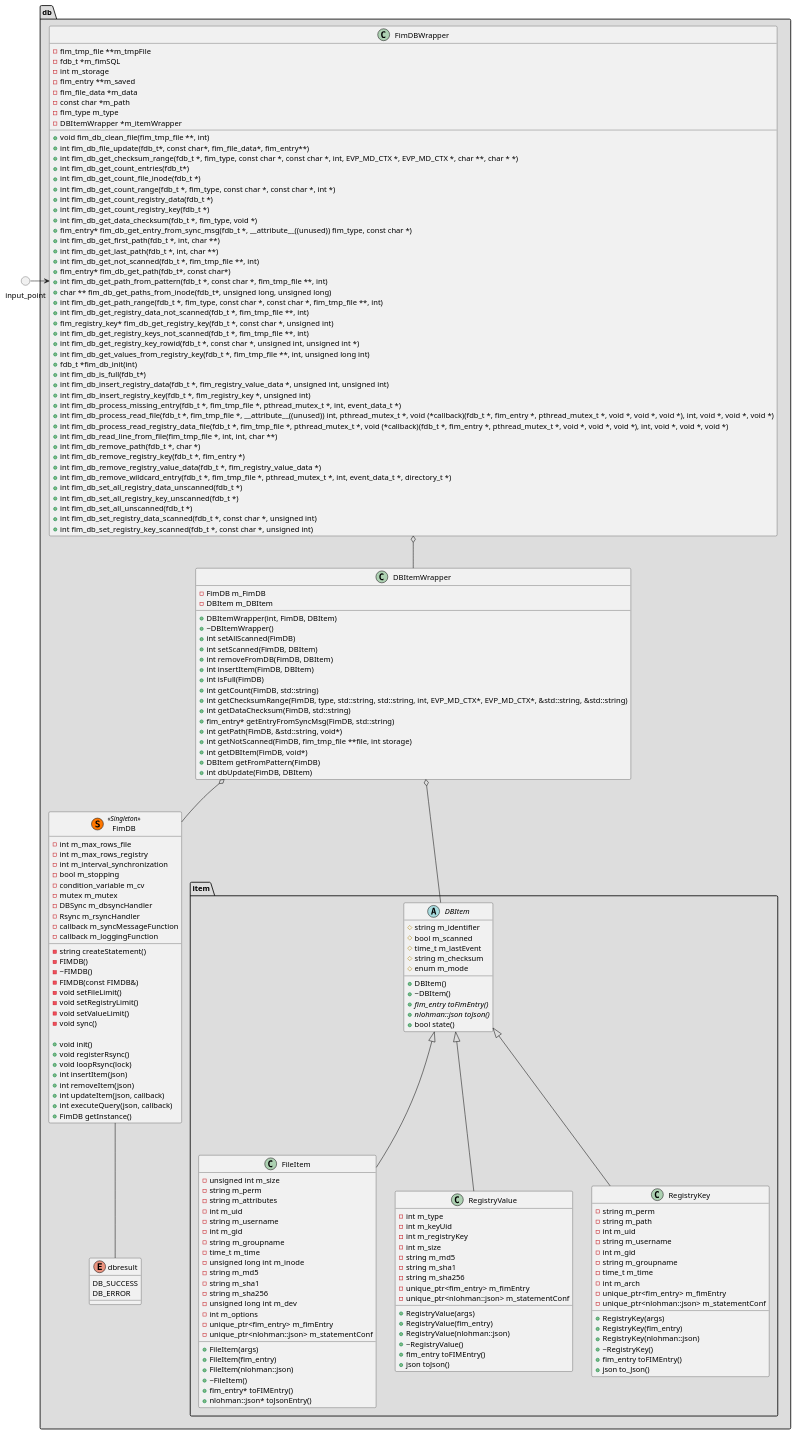
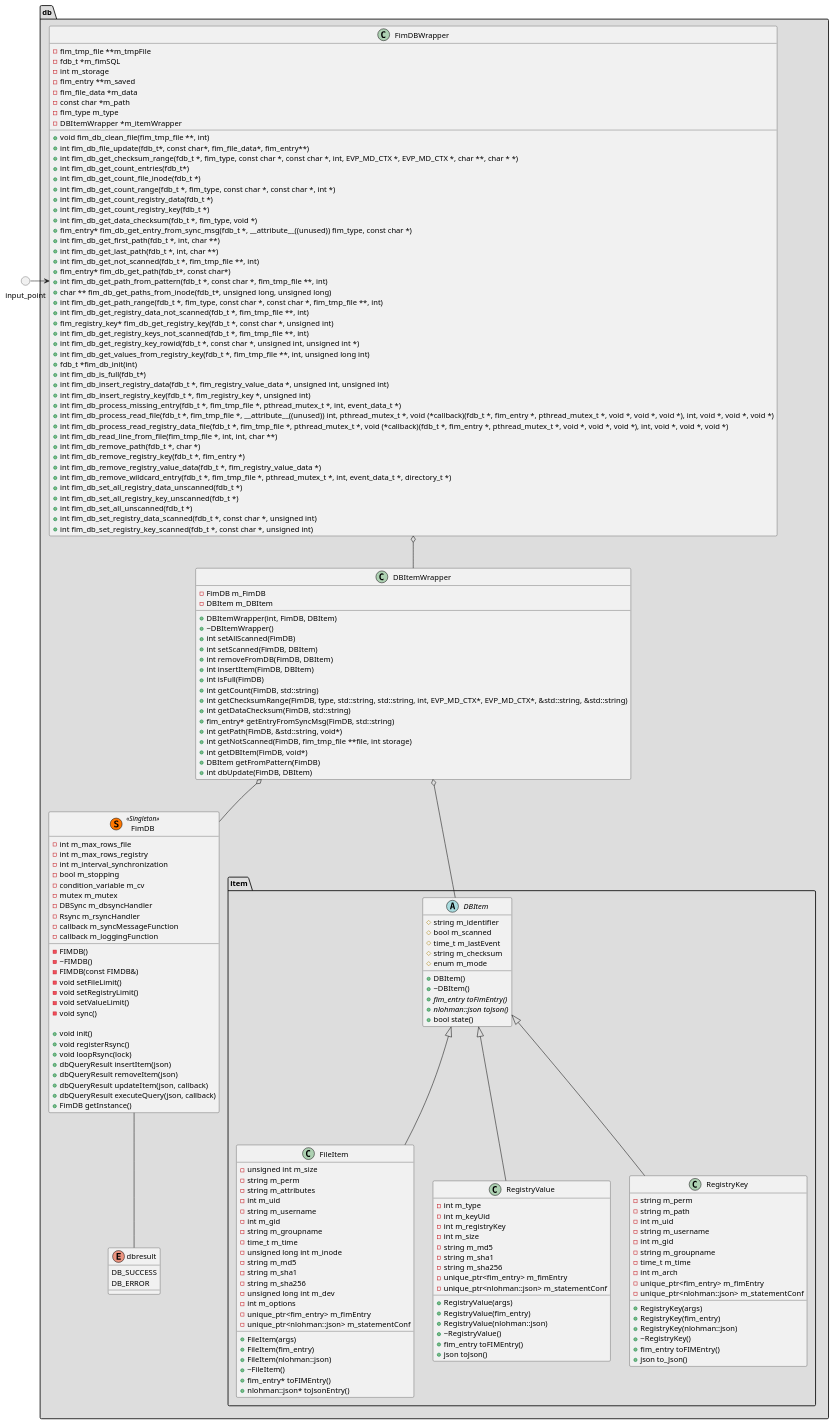
One commit to wazuh/wazuh-agent changed the diagram in architecture/FIM/db/class.puml. Above: the diagram before and after it, drawn with PlantUML.

Commit message:
Updated diagram for design of new fim db

```diff
--- a/architecture/FIM/db/class.puml
+++ b/architecture/FIM/db/class.puml
@@ -1,197 +1,196 @@
 @startuml db_class
 package "db" <<Folder>> #DDDDDD{
     enum "dbresult" {
         DB_SUCCESS
         DB_ERROR
     }
     package "item" <<Folder>> {
         abstract DBItem {
             # string m_identifier
             # bool m_scanned
             # time_t m_lastEvent
             # string m_checksum
             # enum m_mode
 
             + DBItem()
             + ~DBItem()
             + {abstract} fim_entry toFimEntry()
             + {abstract} nlohman::json toJson()
             + bool state()
         }
 
         class FileItem {
             - unsigned int m_size
             - string m_perm
             - string m_attributes
             - int m_uid
             - string m_username
             - int m_gid
             - string m_groupname
             - time_t m_time
             - unsigned long int m_inode
             - string m_md5
             - string m_sha1
             - string m_sha256
             - unsigned long int m_dev
             - int m_options
             - unique_ptr<fim_entry> m_fimEntry
             - unique_ptr<nlohman::json> m_statementConf
 
             + FileItem(args)
             + FileItem(fim_entry)
             + FileItem(nlohman::json)
             + ~FileItem()
             + fim_entry* toFIMEntry()
             + nlohman::json* toJsonEntry()
         }
         class "RegistryValue" {
             - int m_type
             - int m_keyUid
             - int m_registryKey
             - int m_size
             - string m_md5
             - string m_sha1
             - string m_sha256
             - unique_ptr<fim_entry> m_fimEntry
             - unique_ptr<nlohman::json> m_statementConf
 
             + RegistryValue(args)
             + RegistryValue(fim_entry)
             + RegistryValue(nlohman::json)
             + ~RegistryValue()
             + fim_entry toFIMEntry()
             + json toJson()
         }
         class "RegistryKey" {
             - string m_perm
             - string m_path
             - int m_uid
             - string m_username
             - int m_gid
             - string m_groupname
             - time_t m_time
             - int m_arch
             - unique_ptr<fim_entry> m_fimEntry
             - unique_ptr<nlohman::json> m_statementConf
 
             + RegistryKey(args)
             + RegistryKey(fim_entry)
             + RegistryKey(nlohman::json)
             + ~RegistryKey()
             + fim_entry toFIMEntry()
             + json to_Json()
         }
     }
     class "FimDB"  <<(S,#FF7700) Singleton>> {
         - int m_max_rows_file
         - int m_max_rows_registry
         - int m_interval_synchronization
         - bool m_stopping
         - condition_variable m_cv
         - mutex m_mutex
         - DBSync m_dbsyncHandler
         - Rsync m_rsyncHandler
         - callback m_syncMessageFunction
         - callback m_loggingFunction
 
-        - string createStatement()
         - FIMDB()
         - ~FIMDB()
         - FIMDB(const FIMDB&)
         - void setFileLimit()
         - void setRegistryLimit()
         - void setValueLimit()
         - void sync()
 
         + void init()
         + void registerRsync()
         + void loopRsync(lock)
-        + int insertItem(json)
-        + int removeItem(json)
-        + int updateItem(json, callback)
-        + int executeQuery(json, callback)
+        + dbQueryResult insertItem(json)
+        + dbQueryResult removeItem(json)
+        + dbQueryResult updateItem(json, callback)
+        + dbQueryResult executeQuery(json, callback)
         + FimDB getInstance()
     }
     class FimDBWrapper {
         - fim_tmp_file **m_tmpFile
         - fdb_t *m_fimSQL
         - int m_storage
         - fim_entry **m_saved
         - fim_file_data *m_data
         - const char *m_path
         - fim_type m_type
         - DBItemWrapper *m_itemWrapper
 
         + void fim_db_clean_file(fim_tmp_file **, int)
         + int fim_db_file_update(fdb_t*, const char*, fim_file_data*, fim_entry**)
         + int fim_db_get_checksum_range(fdb_t *, fim_type, const char *, const char *, int, EVP_MD_CTX *, EVP_MD_CTX *, char **, char * *)
         + int fim_db_get_count_entries(fdb_t*)
         + int fim_db_get_count_file_inode(fdb_t *)
         + int fim_db_get_count_range(fdb_t *, fim_type, const char *, const char *, int *)
         + int fim_db_get_count_registry_data(fdb_t *)
         + int fim_db_get_count_registry_key(fdb_t *)
         + int fim_db_get_data_checksum(fdb_t *, fim_type, void *)
         + fim_entry* fim_db_get_entry_from_sync_msg(fdb_t *, __attribute__((unused)) fim_type, const char *)
         + int fim_db_get_first_path(fdb_t *, int, char **)
         + int fim_db_get_last_path(fdb_t *, int, char **)
         + int fim_db_get_not_scanned(fdb_t *, fim_tmp_file **, int)
         + fim_entry* fim_db_get_path(fdb_t*, const char*)
         + int fim_db_get_path_from_pattern(fdb_t *, const char *, fim_tmp_file **, int)
         + char ** fim_db_get_paths_from_inode(fdb_t*, unsigned long, unsigned long)
         + int fim_db_get_path_range(fdb_t *, fim_type, const char *, const char *, fim_tmp_file **, int)
         + int fim_db_get_registry_data_not_scanned(fdb_t *, fim_tmp_file **, int)
         + fim_registry_key* fim_db_get_registry_key(fdb_t *, const char *, unsigned int)
         + int fim_db_get_registry_keys_not_scanned(fdb_t *, fim_tmp_file **, int)
         + int fim_db_get_registry_key_rowid(fdb_t *, const char *, unsigned int, unsigned int *)
         + int fim_db_get_values_from_registry_key(fdb_t *, fim_tmp_file **, int, unsigned long int)
         + fdb_t *fim_db_init(int)
         + int fim_db_is_full(fdb_t*)
         + int fim_db_insert_registry_data(fdb_t *, fim_registry_value_data *, unsigned int, unsigned int)
         + int fim_db_insert_registry_key(fdb_t *, fim_registry_key *, unsigned int)
         + int fim_db_process_missing_entry(fdb_t *, fim_tmp_file *, pthread_mutex_t *, int, event_data_t *)
         + int fim_db_process_read_file(fdb_t *, fim_tmp_file *, __attribute__((unused)) int, pthread_mutex_t *, void (*callback)(fdb_t *, fim_entry *, pthread_mutex_t *, void *, void *, void *), int, void *, void *, void *)
         + int fim_db_process_read_registry_data_file(fdb_t *, fim_tmp_file *, pthread_mutex_t *, void (*callback)(fdb_t *, fim_entry *, pthread_mutex_t *, void *, void *, void *), int, void *, void *, void *)
         + int fim_db_read_line_from_file(fim_tmp_file *, int, int, char **)
         + int fim_db_remove_path(fdb_t *, char *)
         + int fim_db_remove_registry_key(fdb_t *, fim_entry *)
         + int fim_db_remove_registry_value_data(fdb_t *, fim_registry_value_data *)
         + int fim_db_remove_wildcard_entry(fdb_t *, fim_tmp_file *, pthread_mutex_t *, int, event_data_t *, directory_t *)
         + int fim_db_set_all_registry_data_unscanned(fdb_t *)
         + int fim_db_set_all_registry_key_unscanned(fdb_t *)
         + int fim_db_set_all_unscanned(fdb_t *)
         + int fim_db_set_registry_data_scanned(fdb_t *, const char *, unsigned int)
         + int fim_db_set_registry_key_scanned(fdb_t *, const char *, unsigned int)
     }
     class DBItemWrapper {
         - FimDB m_FimDB
         - DBItem m_DBItem
 
         + DBItemWrapper(int, FimDB, DBItem)
         + ~DBItemWrapper()
         + int setAllScanned(FimDB)
         + int setScanned(FimDB, DBItem)
         + int removeFromDB(FimDB, DBItem)
         + int insertItem(FimDB, DBItem)
         + int isFull(FimDB)
         + int getCount(FimDB, std::string)
         + int getChecksumRange(FimDB, type, std::string, std::string, int, EVP_MD_CTX*, EVP_MD_CTX*, &std::string, &std::string)
         + int getDataChecksum(FimDB, std::string)
         + fim_entry* getEntryFromSyncMsg(FimDB, std::string)
         + int getPath(FimDB, &std::string, void*)
         + int getNotScanned(FimDB, fim_tmp_file **file, int storage)
         + int getDBItem(FimDB, void*)
         + DBItem getFromPattern(FimDB)
         + int dbUpdate(FimDB, DBItem)
     }
 }
 circle input_point
 
 DBItem <|-- FileItem
 DBItem <|-- RegistryValue
 DBItem <|-- RegistryKey
 FimDBWrapper  o-- DBItemWrapper
 DBItemWrapper  o-- DBItem
 DBItemWrapper  o-- FimDB
 FimDB -- dbresult
 input_point => FimDBWrapper
 @enduml
```
